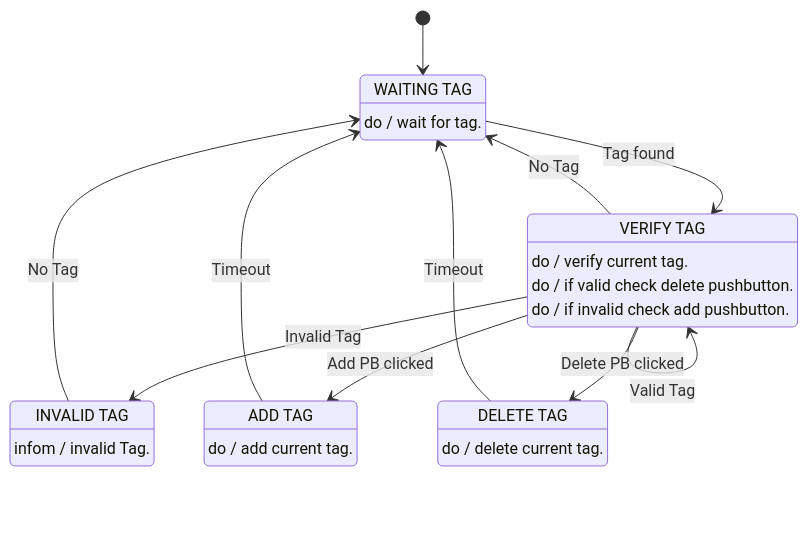
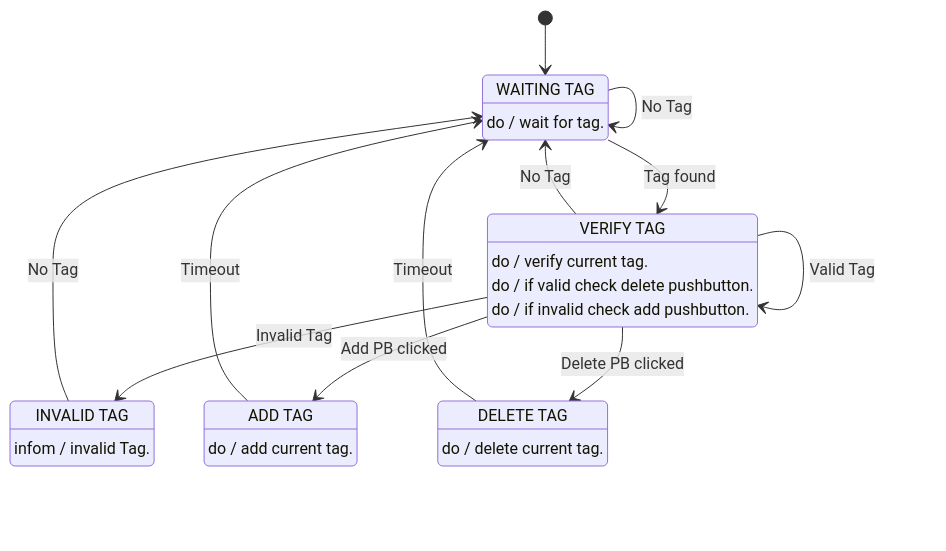
One commit to RobAxt/PdM_workspace changed the diagram in Practica_TP.Final/README.md. Above: the diagram before and after it, drawn with Mermaid.

````diff
--- a/Practica_TP.Final/README.md
+++ b/Practica_TP.Final/README.md
@@ -26,20 +26,21 @@
 ```mermaid 
 stateDiagram-v2 
 [*] --> WT
 state "WAITING TAG" as WT: do / wait for tag.
 state "VERIFY TAG" as VT: do / verify current tag.
 VT: do / if valid check delete pushbutton.
 VT: do / if invalid check add pushbutton.
 state "INVALID TAG" as IT: infom / invalid Tag.
 state "ADD TAG" as AT: do / add current tag.
 state "DELETE TAG" as DT: do / delete current tag.
 WT --> VT : Tag found
+WT --> WT : No Tag
 VT --> WT : No Tag
 VT --> VT : Valid Tag
 VT --> AT : Add PB clicked
 AT --> WT : Timeout
 IT --> WT : No Tag
 VT --> IT : Invalid Tag
 VT --> DT : Delete PB clicked
 DT --> WT : Timeout
 ```
````
